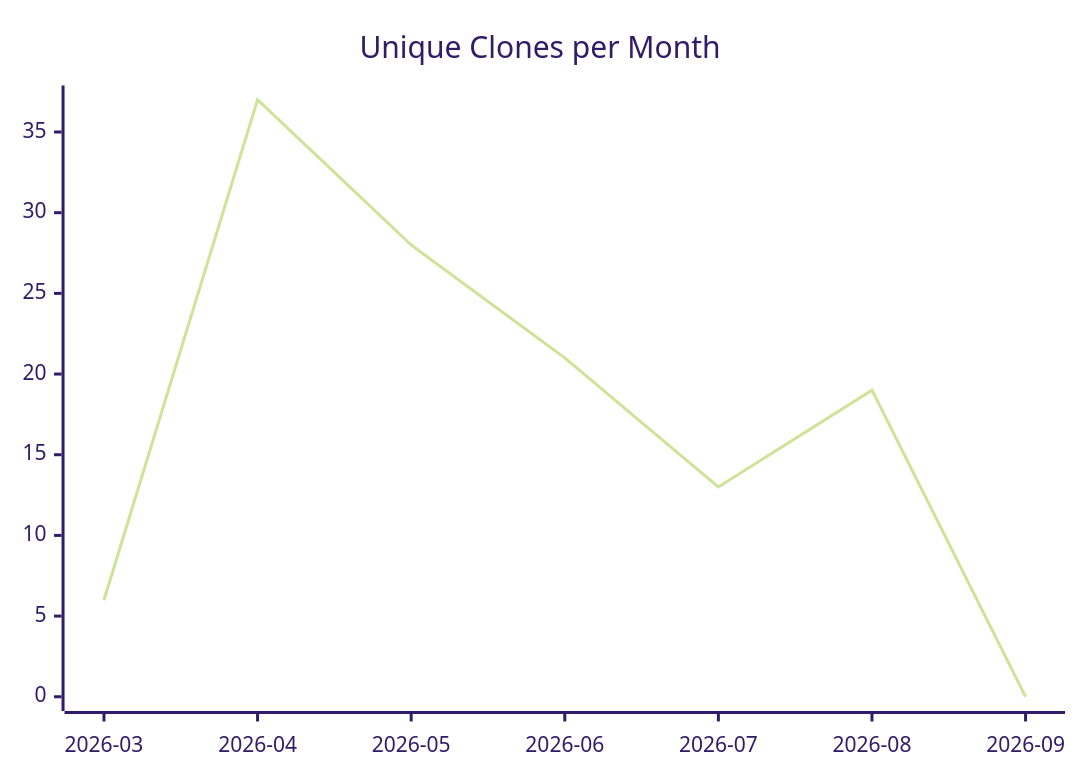
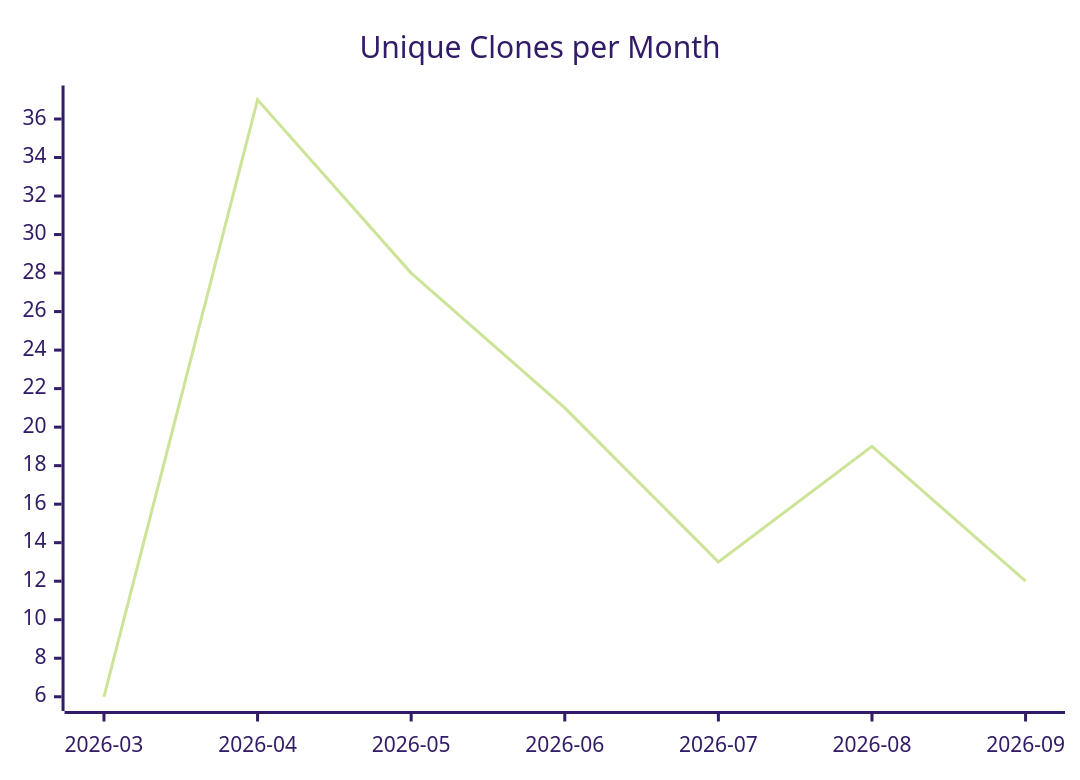
Before and after one commit to justdavis-family/github-analytics-data: the third of 3 diagrams in karlmdavis/ansible-role-jenkins2/README.md, drawn with Mermaid (forest theme). The commit also changed other lines of this file and 191 other files, not shown here.

````diff
--- a/karlmdavis/ansible-role-jenkins2/README.md
+++ b/karlmdavis/ansible-role-jenkins2/README.md
@@ -19,6 +19,6 @@
 ```mermaid
 xychart-beta
   title "Unique Clones per Month"
   x-axis ["2026-03", "2026-04", "2026-05", "2026-06", "2026-07", "2026-08", "2026-09"]
-  line [6, 37, 28, 21, 13, 19, 0]
+  line [6, 37, 28, 21, 13, 19, 12]
 ```
````
